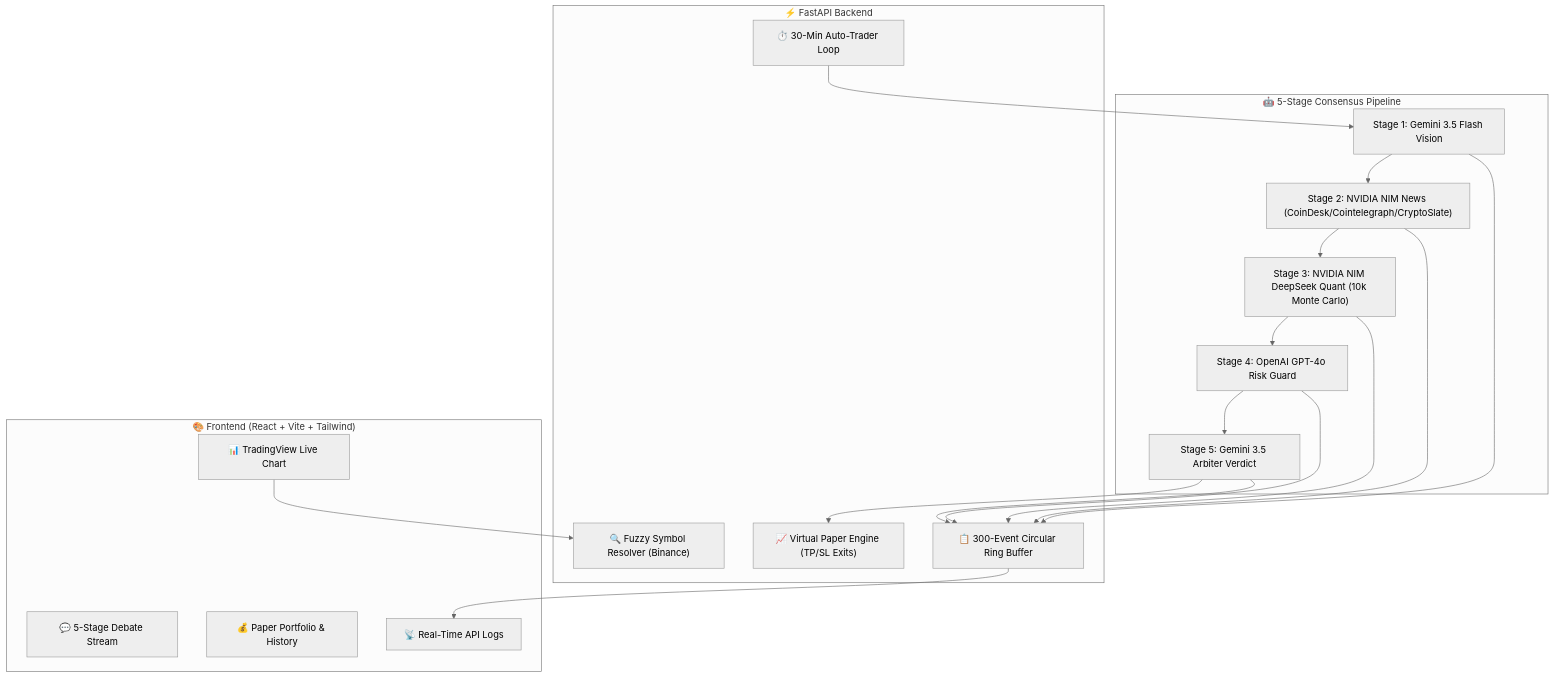
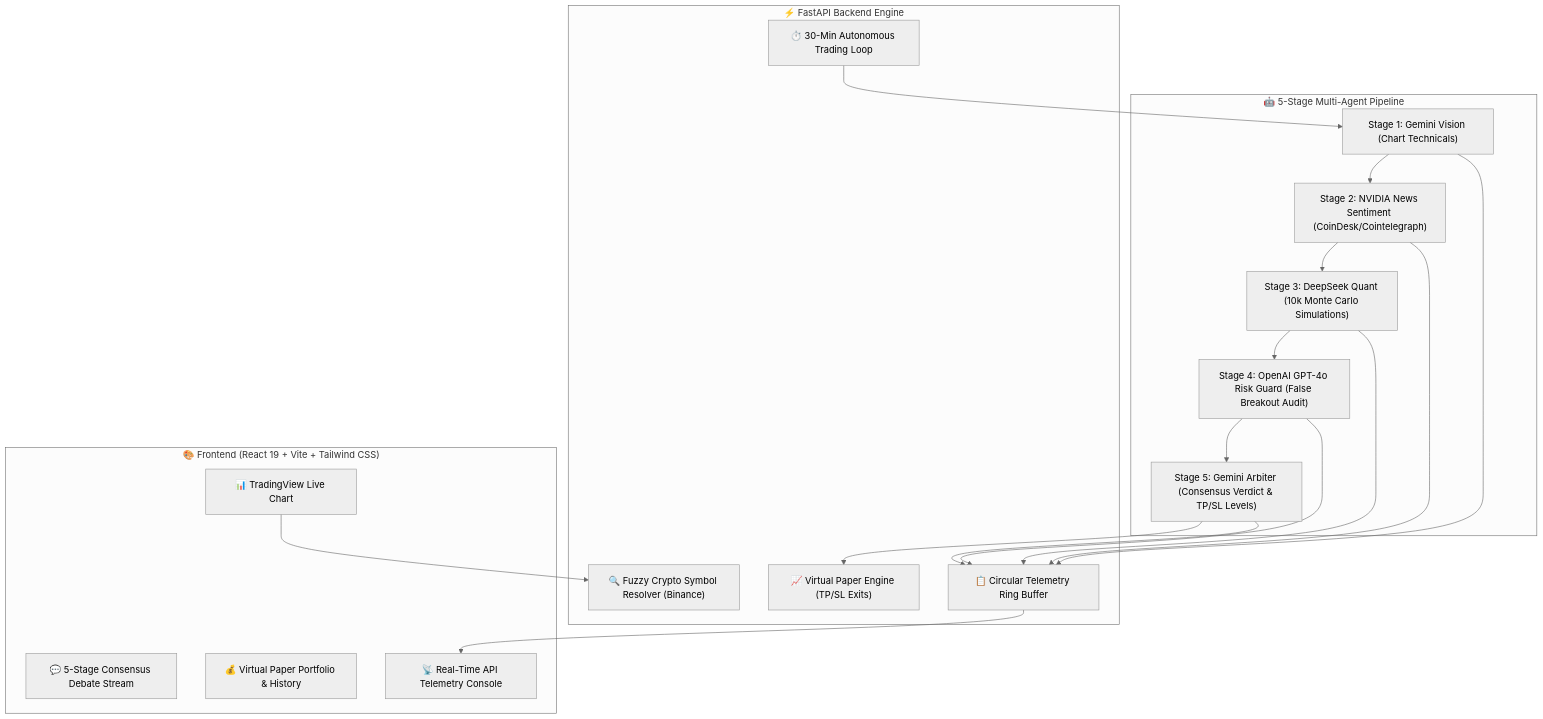
One commit to swastik2012/Crypto-Bot changed the diagram in README.md. Above: the diagram before and after it, drawn with Mermaid (neutral theme). The commit also changed other lines of this file and 3 other files, not shown here.

````diff
--- a/README.md
+++ b/README.md
@@ -42,31 +92,31 @@
 ```mermaid
 flowchart TD
-    subgraph UI ["🎨 Frontend (React + Vite + Tailwind)"]
+    subgraph UI ["🎨 Frontend (React 19 + Vite + Tailwind CSS)"]
         TVChart["📊 TradingView Live Chart"]
-        DebateHUD["💬 5-Stage Debate Stream"]
-        PaperUI["💰 Paper Portfolio & History"]
-        TelemetryUI["📡 Real-Time API Logs"]
+        DebateHUD["💬 5-Stage Consensus Debate Stream"]
+        PaperUI["💰 Virtual Paper Portfolio & History"]
+        TelemetryUI["📡 Real-Time API Telemetry Console"]
     end
 
-    subgraph Backend ["⚡ FastAPI Backend"]
-        Resolver["🔍 Fuzzy Symbol Resolver (Binance)"]
+    subgraph Backend ["⚡ FastAPI Backend Engine"]
+        Resolver["🔍 Fuzzy Crypto Symbol Resolver (Binance)"]
         PaperEngine["📈 Virtual Paper Engine (TP/SL Exits)"]
-        Scheduler["⏱️ 30-Min Auto-Trader Loop"]
-        TelemetryStore["📋 300-Event Circular Ring Buffer"]
+        Scheduler["⏱️ 30-Min Autonomous Trading Loop"]
+        TelemetryStore["📋 Circular Telemetry Ring Buffer"]
     end
 
-    subgraph Consensus ["🤖 5-Stage Consensus Pipeline"]
-        S1["Stage 1: Gemini 3.5 Flash Vision"]
-        S2["Stage 2: NVIDIA NIM News (CoinDesk/Cointelegraph/CryptoSlate)"]
-        S3["Stage 3: NVIDIA NIM DeepSeek Quant (10k Monte Carlo)"]
-        S4["Stage 4: OpenAI GPT-4o Risk Guard"]
-        S5["Stage 5: Gemini 3.5 Arbiter Verdict"]
+    subgraph Consensus ["🤖 5-Stage Multi-Agent Pipeline"]
+        S1["Stage 1: Gemini Vision (Chart Technicals)"]
+        S2["Stage 2: NVIDIA News Sentiment (CoinDesk/Cointelegraph)"]
+        S3["Stage 3: DeepSeek Quant (10k Monte Carlo Simulations)"]
+        S4["Stage 4: OpenAI GPT-4o Risk Guard (False Breakout Audit)"]
+        S5["Stage 5: Gemini Arbiter (Consensus Verdict & TP/SL Levels)"]
     end
 
     TVChart --> Resolver
     Scheduler --> S1
     S1 --> S2 --> S3 --> S4 --> S5
     S5 --> PaperEngine
     S1 & S2 & S3 & S4 & S5 --> TelemetryStore
     TelemetryStore --> TelemetryUI
 ```
````
